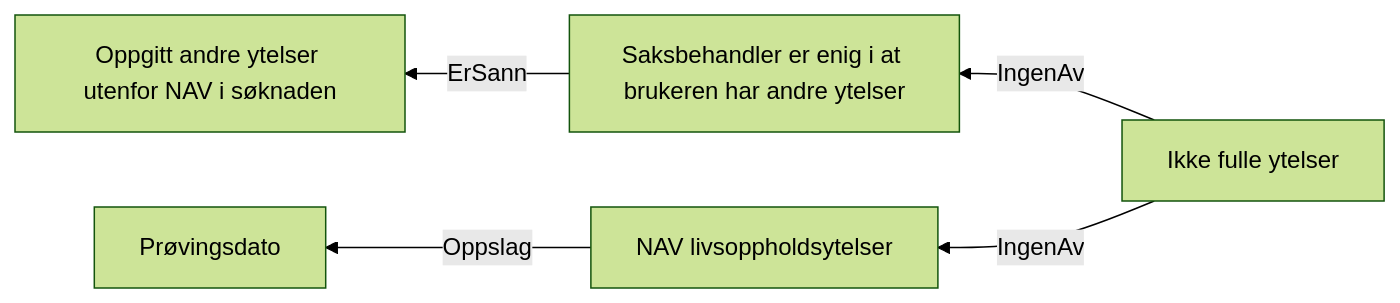
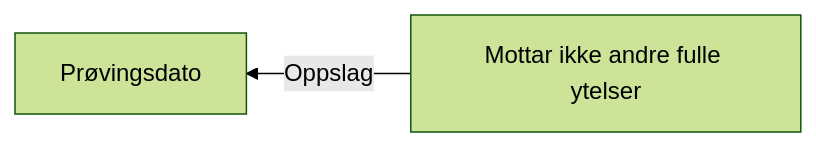
Before and after one commit to navikt/dp-vedtak: the diagram in docs/regler/§ 4-24 Medlem som har fulle ytelser etter folketrygdloven eller avtalefestet pensjon.approved.md, drawn with Mermaid (forest theme). The commit also changed other lines of this file and 23 other files, not shown here.

````diff
--- a/docs/regler/§ 4-24 Medlem som har fulle ytelser etter folketrygdloven eller avtalefestet pensjon.approved.md
+++ b/docs/regler/§ 4-24 Medlem som har fulle ytelser etter folketrygdloven eller avtalefestet pensjon.approved.md
@@ -5,7 +5,4 @@
 ```mermaid
 graph RL
-  A["Saksbehandler er enig i at brukeren har andre ytelser"] -->|"ErSann"| B["Oppgitt andre ytelser utenfor NAV i søknaden"]
-  C["NAV livsoppholdsytelser"] -->|"Oppslag"| D["Prøvingsdato"]
-  E["Ikke fulle ytelser"] -->|"IngenAv"| A["Saksbehandler er enig i at brukeren har andre ytelser"]
-  E["Ikke fulle ytelser"] -->|"IngenAv"| C["NAV livsoppholdsytelser"]
+  A["Mottar ikke andre fulle ytelser"] -->|"Oppslag"| B["Prøvingsdato"]
 ```
````
